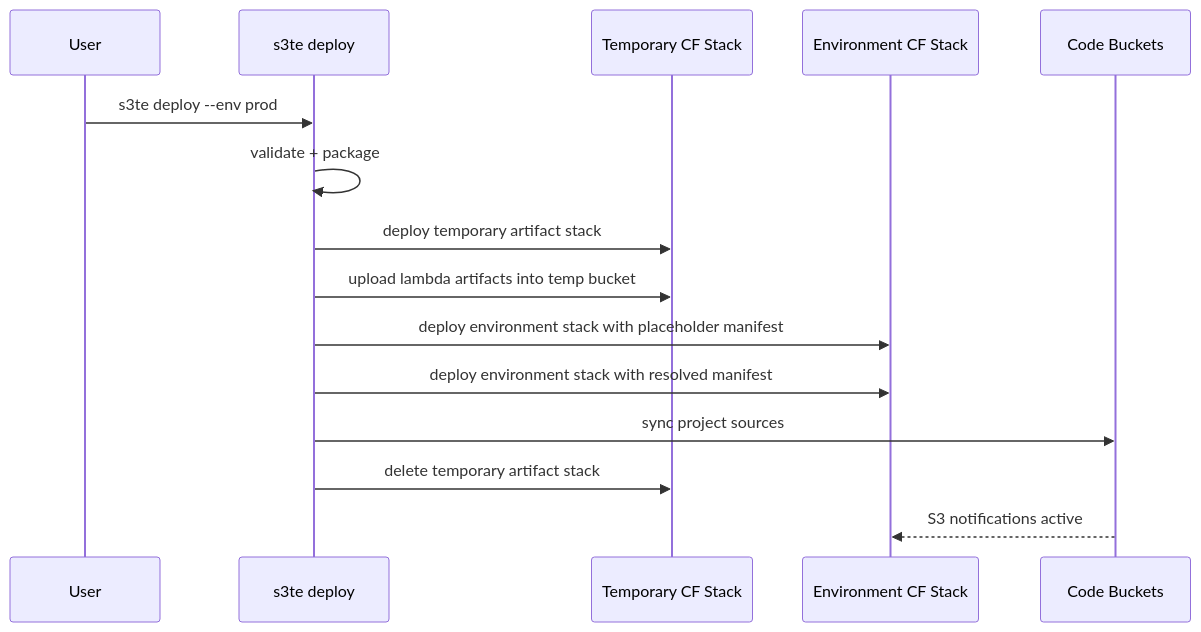
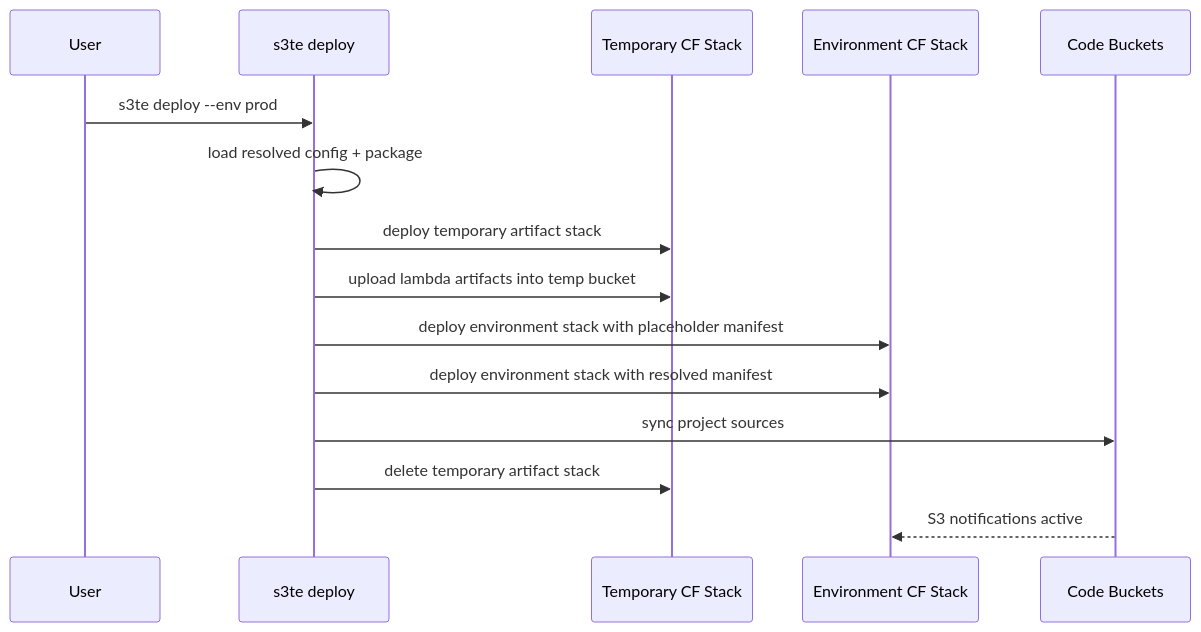
One commit to ProjectDocHelp/S3TemplateEngine changed the second of 3 diagrams in docs/aws-runtime.md. Above: the diagram before and after it, drawn with Mermaid. The commit also changed other lines of this file and 8 other files, not shown here.

````diff
--- a/docs/aws-runtime.md
+++ b/docs/aws-runtime.md
@@ -142,18 +141,18 @@
 ```mermaid
 sequenceDiagram
   participant U as User
   participant CLI as s3te deploy
   participant TCF as Temporary CF Stack
   participant ECF as Environment CF Stack
   participant S3 as Code Buckets
 
   U->>CLI: s3te deploy --env prod
-  CLI->>CLI: validate + package
+  CLI->>CLI: load resolved config + package
   CLI->>TCF: deploy temporary artifact stack
   CLI->>TCF: upload lambda artifacts into temp bucket
   CLI->>ECF: deploy environment stack with placeholder manifest
   CLI->>ECF: deploy environment stack with resolved manifest
   CLI->>S3: sync project sources
   CLI->>TCF: delete temporary artifact stack
   S3-->>ECF: S3 notifications active
 ```
````
